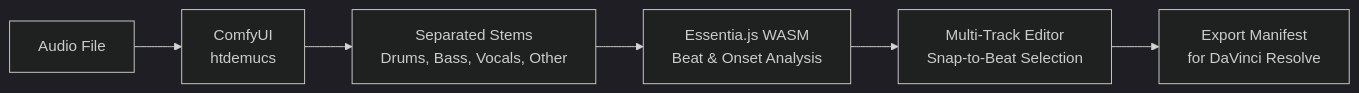
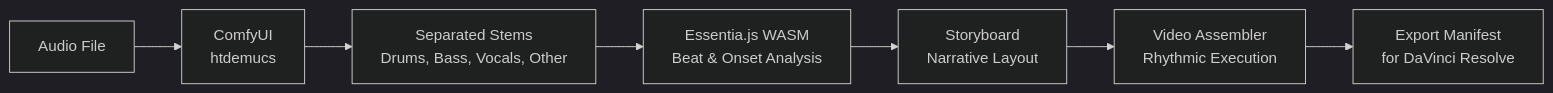
The diagram in readme_Video_Assembler.md (hellonearthis/Resolver), drawn with Mermaid (dark theme) before and after one commit. The commit also changed other lines of this file and 12 other files, not shown here.

````diff
--- a/readme_Video_Assembler.md
+++ b/readme_Video_Assembler.md
@@ -21,8 +21,9 @@
 ```mermaid
 flowchart LR
     A[Audio File] --> B[ComfyUI<br/>htdemucs]
     B --> C[Separated Stems<br/>Drums, Bass, Vocals, Other]
     C --> D[Essentia.js WASM<br/>Beat & Onset Analysis]
-    D --> E[Multi-Track Editor<br/>Snap-to-Beat Selection]
-    E --> F[Export Manifest<br/>for DaVinci Resolve]
+    D --> E[Storyboard<br/>Narrative Layout]
+    E --> F[Video Assembler<br/>Rhythmic Execution]
+    F --> G[Export Manifest<br/>for DaVinci Resolve]
 ```
````
